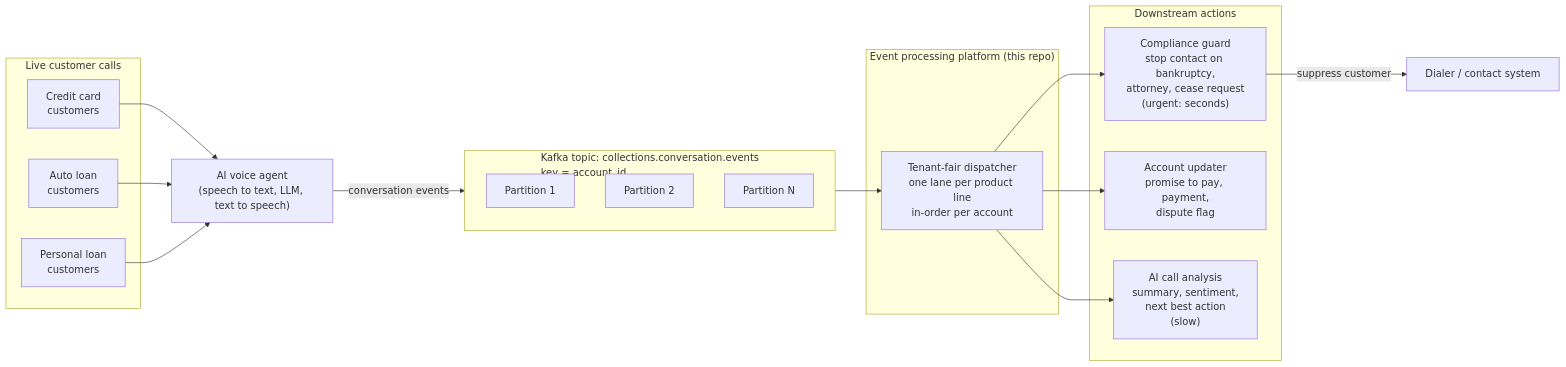
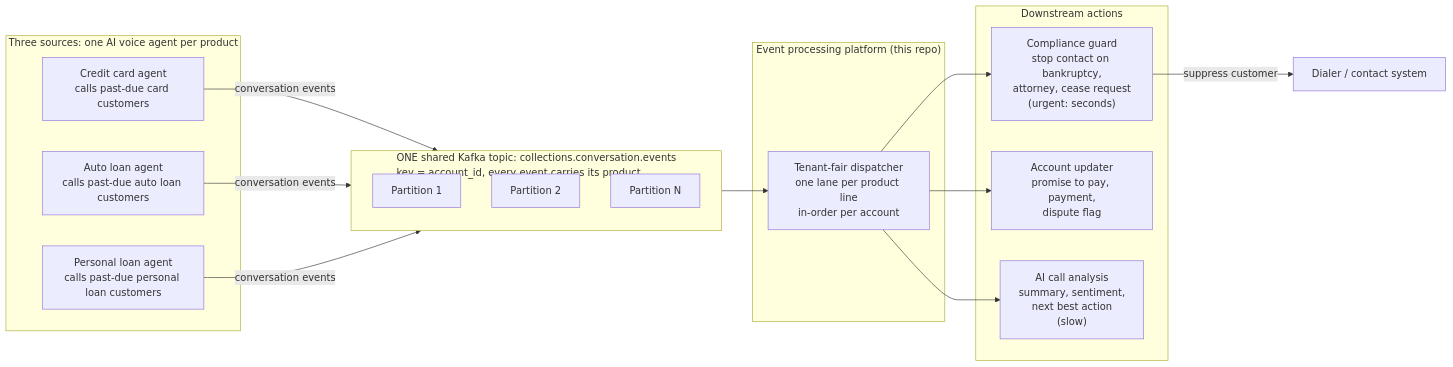
The first of 4 diagrams in README.md (eresh-thekbr/multi-tenant-streaming), drawn with Mermaid before and after one commit. The commit also changed other lines of this file, not shown here.

First line of the commit message:
Show the three product agents writing to one shared topic

````diff
--- a/README.md
+++ b/README.md
@@ -34,38 +34,35 @@
 ```mermaid
 flowchart LR
-    subgraph Calls["Live customer calls"]
-        CC["Credit card<br/>customers"]
-        AL["Auto loan<br/>customers"]
-        PL["Personal loan<br/>customers"]
+    subgraph Agents["Three sources: one AI voice agent per product"]
+        CCA["Credit card agent<br/>calls past-due card customers"]
+        ALA["Auto loan agent<br/>calls past-due auto loan customers"]
+        PLA["Personal loan agent<br/>calls past-due personal loan customers"]
     end
 
-    VA["AI voice agent<br/>(speech to text, LLM, text to speech)"]
-
-    subgraph Kafka["Kafka topic: collections.conversation.events<br/>key = account_id"]
+    subgraph Kafka["ONE shared Kafka topic: collections.conversation.events<br/>key = account_id, every event carries its product"]
         P1["Partition 1"]
         P2["Partition 2"]
         P3["Partition N"]
     end
 
     subgraph Platform["Event processing platform (this repo)"]
         D["Tenant-fair dispatcher<br/>one lane per product line<br/>in-order per account"]
     end
 
     subgraph Consumers["Downstream actions"]
         CG["Compliance guard<br/>stop contact on bankruptcy,<br/>attorney, cease request<br/>(urgent: seconds)"]
         AU["Account updater<br/>promise to pay, payment,<br/>dispute flag"]
         AI["AI call analysis<br/>summary, sentiment,<br/>next best action<br/>(slow)"]
     end
 
     DL["Dialer / contact system"]
 
-    CC --> VA
-    AL --> VA
-    PL --> VA
-    VA -- "conversation events" --> Kafka
+    CCA -- "conversation events" --> Kafka
+    ALA -- "conversation events" --> Kafka
+    PLA -- "conversation events" --> Kafka
     Kafka --> D
     D --> CG
     D --> AU
     D --> AI
     CG -- "suppress customer" --> DL
 ```
````
